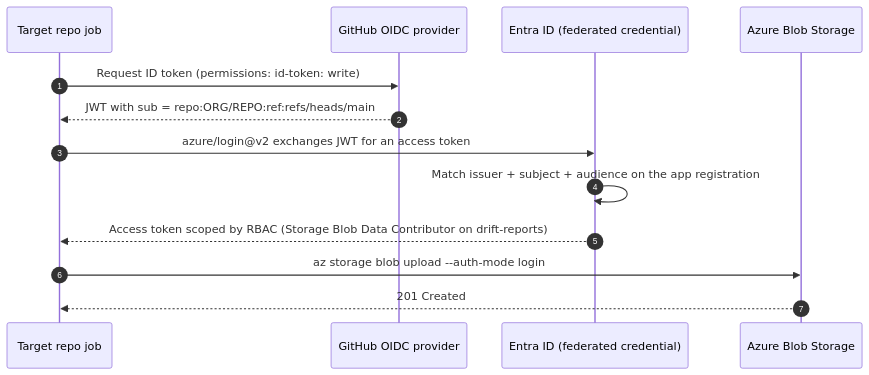
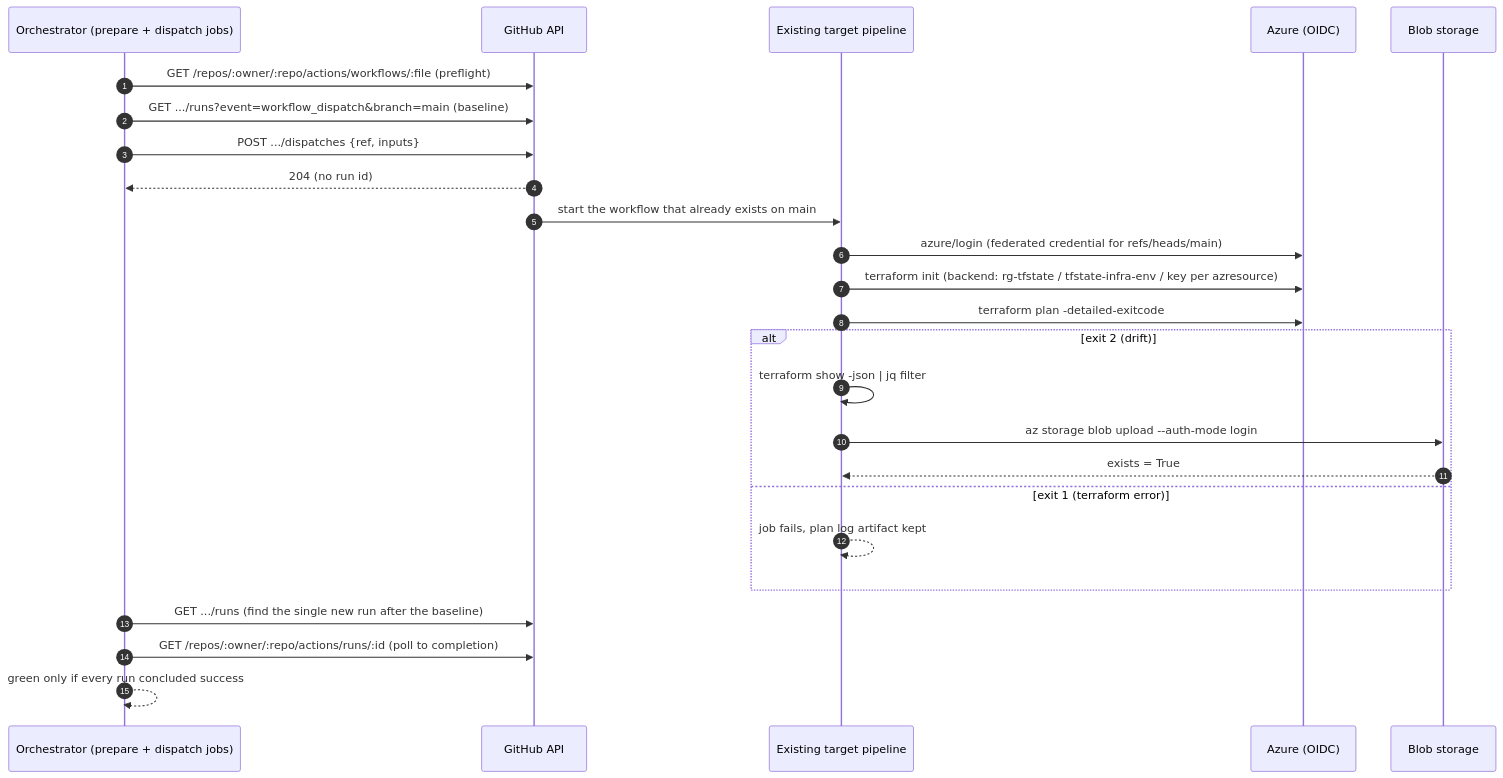
Before and after one commit to akashvarshney/drift-check: the second of 2 diagrams in docs/architecture.md, drawn with Mermaid. The commit also changed other lines of this file and 9 other files, not shown here.

First line of the commit message:
Dispatch each repo's existing Terraform workflow instead of a caller

````diff
--- a/docs/architecture.md
+++ b/docs/architecture.md
@@ -54,16 +53,28 @@
 ```mermaid
 sequenceDiagram
     autonumber
-    participant TF as Target repo job
-    participant GH as GitHub OIDC provider
-    participant ENTRA as Entra ID (federated credential)
-    participant ST as Azure Blob Storage
+    participant O as Orchestrator (prepare + dispatch jobs)
+    participant API as GitHub API
+    participant T as Existing target pipeline
+    participant AZ as Azure (OIDC)
+    participant B as Blob storage
 
-    TF->>GH: Request ID token (permissions: id-token: write)
-    GH-->>TF: JWT with sub = repo:ORG/REPO:ref:refs/heads/main
-    TF->>ENTRA: azure/login@v2 exchanges JWT for an access token
-    ENTRA->>ENTRA: Match issuer + subject + audience on the app registration
-    ENTRA-->>TF: Access token scoped by RBAC (Storage Blob Data Contributor on drift-reports)
-    TF->>ST: az storage blob upload --auth-mode login
-    ST-->>TF: 201 Created
+    O->>API: GET /repos/:owner/:repo/actions/workflows/:file (preflight)
+    O->>API: GET .../runs?event=workflow_dispatch&branch=main (baseline)
+    O->>API: POST .../dispatches {ref, inputs}
+    API-->>O: 204 (no run id)
+    API->>T: start the workflow that already exists on main
+    T->>AZ: azure/login (federated credential for refs/heads/main)
+    T->>AZ: terraform init (backend: rg-tfstate / tfstate-infra-env / key per azresource)
+    T->>AZ: terraform plan -detailed-exitcode
+    alt exit 2 (drift)
+        T->>T: terraform show -json | jq filter
+        T->>B: az storage blob upload --auth-mode login
+        B-->>T: exists = True
+    else exit 1 (terraform error)
+        T-->>T: job fails, plan log artifact kept
+    end
+    O->>API: GET .../runs (find the single new run after the baseline)
+    O->>API: GET /repos/:owner/:repo/actions/runs/:id (poll to completion)
+    O-->>O: green only if every run concluded success
 ```
````
